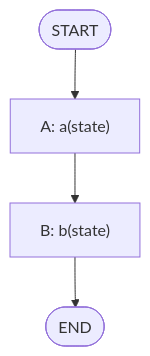
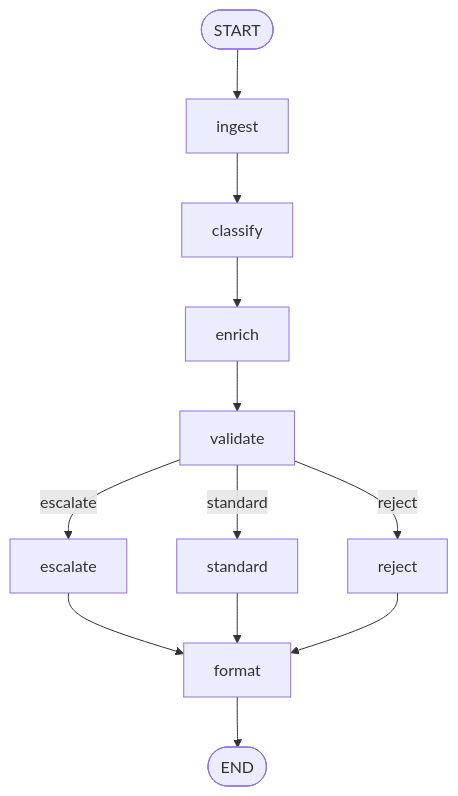
The diagram in src/02_langgraph_basics/README.md (xergioalex/agent-lab), drawn with Mermaid before and after one commit. The commit also changed other lines of this file and 29 other files, not shown here.

First line of the commit message:
feat(on-ramp): rewrite modules 01-10 as advanced graph exercises

````diff
--- a/src/02_langgraph_basics/README.md
+++ b/src/02_langgraph_basics/README.md
@@ -42,6 +19,8 @@
 ```mermaid
 flowchart TD
-    START([START]) --> A["A: a(state)"]
-    A --> B["B: b(state)"]
-    B --> END([END])
+    START([START]) --> ingest --> classify --> enrich --> validate
+    validate -->|escalate| escalate --> format
+    validate -->|standard| standard --> format
+    validate -->|reject| reject --> format
+    format --> END([END])
 ```
````
